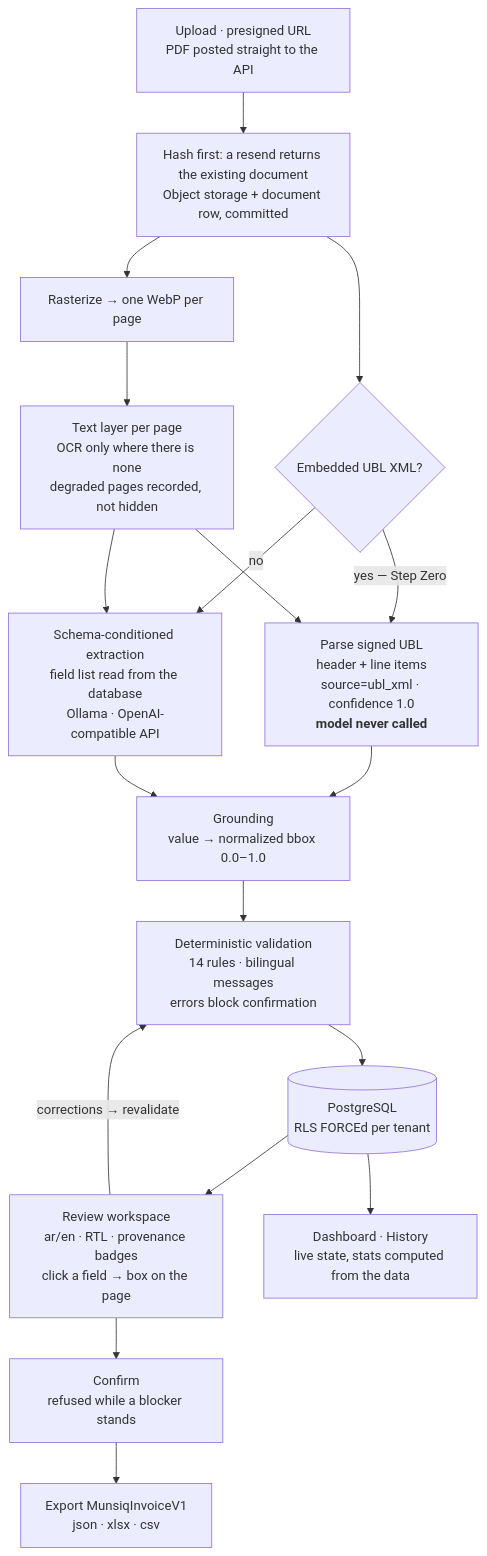
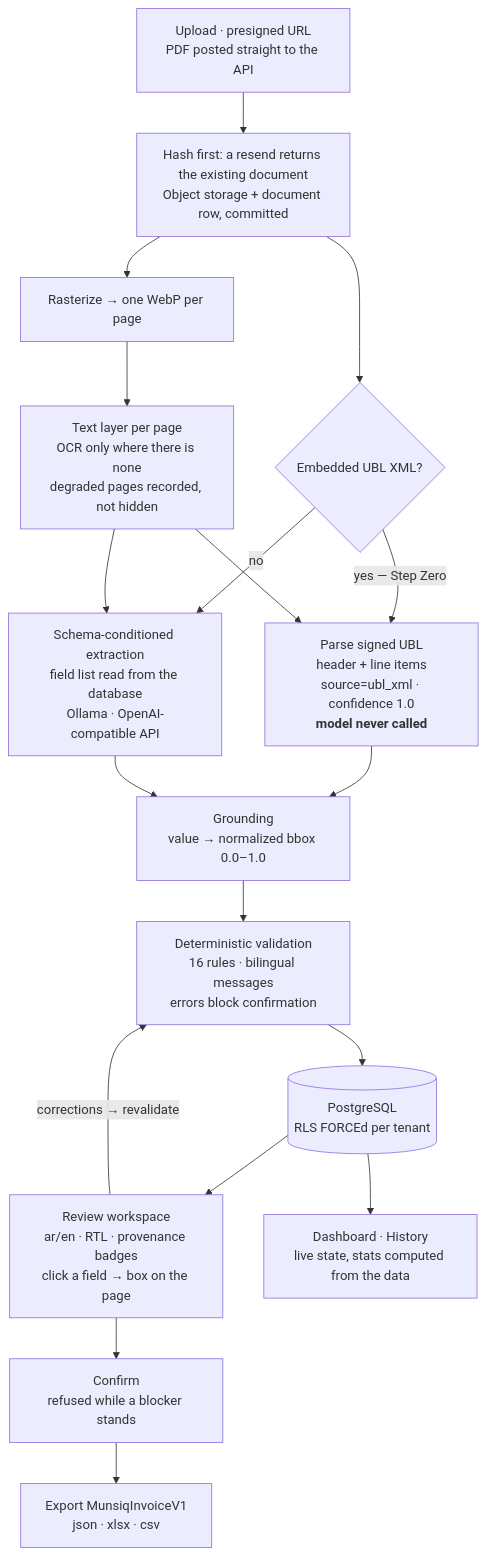
One commit to MuathDs/munsiq changed the diagram in README.md. Above: the diagram before and after it, drawn with Mermaid. The commit also changed other lines of this file and 11 other files, not shown here.

````diff
--- a/README.md
+++ b/README.md
@@ -36,20 +36,20 @@
 ```mermaid
 flowchart TD
     A["Upload · presigned URL<br/>PDF posted straight to the API"] --> B["Hash first: a resend returns the existing document<br/>Object storage + document row, committed"]
     B --> C{"Embedded UBL XML?"}
     C -->|"yes — Step Zero"| D["Parse signed UBL<br/>header + line items<br/>source=ubl_xml · confidence 1.0<br/><b>model never called</b>"]
     C -->|"no"| E["Schema-conditioned extraction<br/>field list read from the database<br/>Ollama · OpenAI-compatible API"]
     B --> F["Rasterize → one WebP per page"]
     F --> G["Text layer per page<br/>OCR only where there is none<br/>degraded pages recorded, not hidden"]
     G --> D
     G --> E
     D --> H["Grounding<br/>value → normalized bbox 0.0–1.0"]
     E --> H
-    H --> I["Deterministic validation<br/>14 rules · bilingual messages<br/>errors block confirmation"]
+    H --> I["Deterministic validation<br/>16 rules · bilingual messages<br/>errors block confirmation"]
     I --> J[("PostgreSQL<br/>RLS FORCEd per tenant")]
     J --> K["Review workspace<br/>ar/en · RTL · provenance badges<br/>click a field → box on the page"]
     K -->|"corrections → revalidate"| I
     K --> L["Confirm<br/>refused while a blocker stands"]
     L --> M["Export MunsiqInvoiceV1<br/>json · xlsx · csv"]
     J --> N["Dashboard · History<br/>live state, stats computed from the data"]
 ```
````
